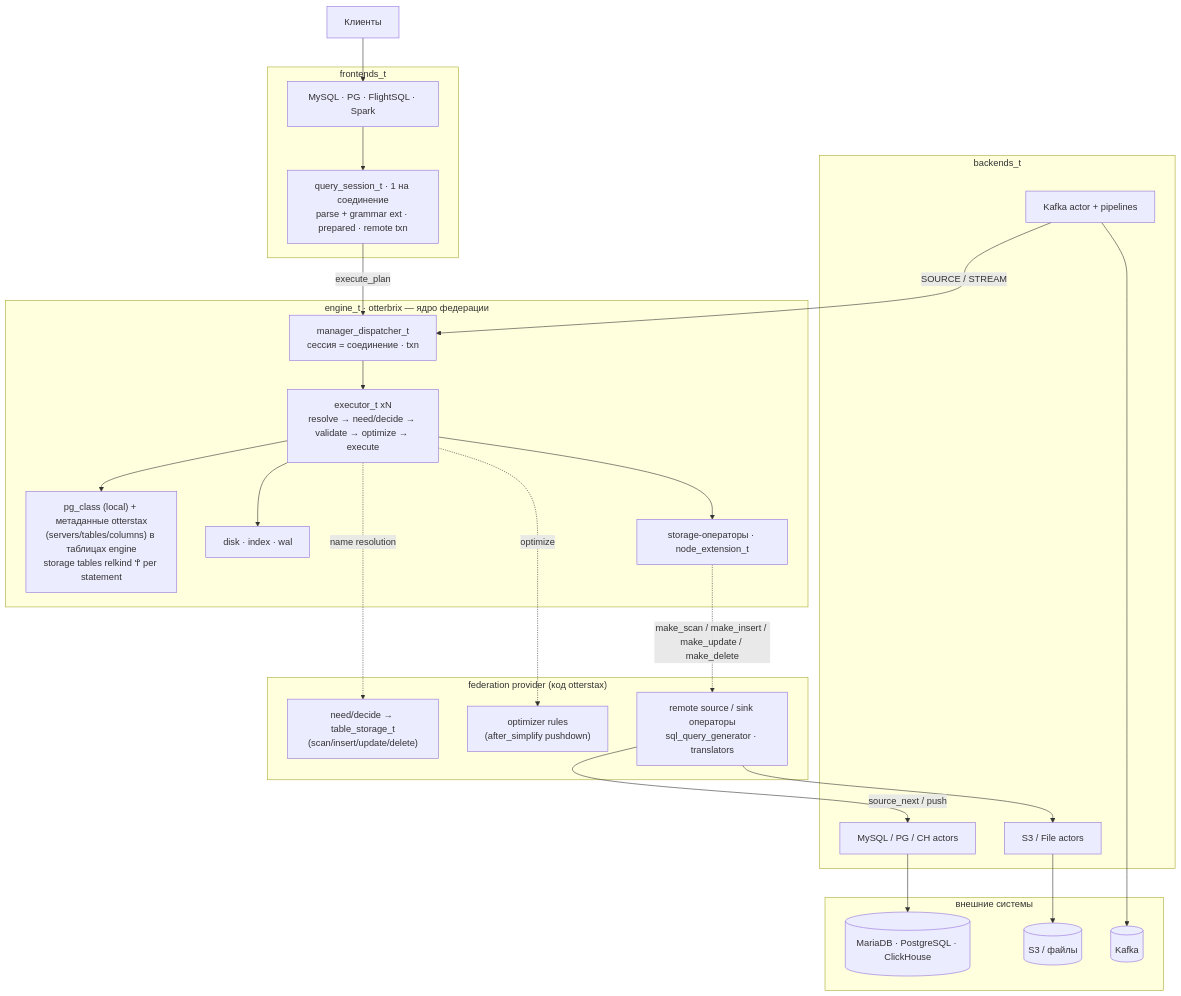
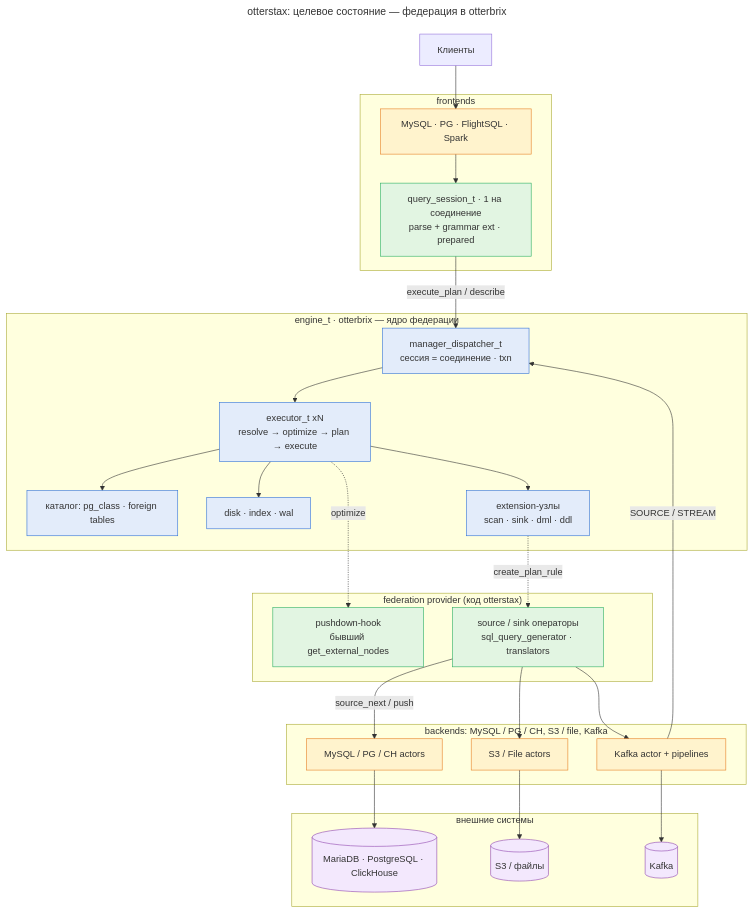
The third of 4 diagrams in docs/proposals/scheduler-to-otterbrix-migration.md (otterstax/otterstax), drawn with Mermaid before and after one commit. The commit also changed other lines of this file and 419 other files, not shown here.

````diff
--- a/docs/proposals/scheduler-to-otterbrix-migration.md
+++ b/docs/proposals/scheduler-to-otterbrix-migration.md
@@ -156,46 +260,63 @@
 ```mermaid
+---
+title: "otterstax: целевое состояние — федерация в otterbrix"
+---
 flowchart TD
     CL["Клиенты"]
-    subgraph FRONT["frontends_t"]
+
+    subgraph FRONT["frontends"]
         FE["MySQL · PG · FlightSQL · Spark"]
-        QS["query_session_t · 1 на соединение<br/>parse + grammar ext · prepared · remote txn"]
+        QS["query_session_t · 1 на соединение<br/>parse + grammar ext · prepared"]
         FE --> QS
     end
+
     subgraph ENG["engine_t · otterbrix — ядро федерации"]
         D["manager_dispatcher_t<br/>сессия = соединение · txn"]
-        EX["executor_t xN<br/>resolve → need/decide → validate → optimize → execute"]
-        CAT["pg_class (local) + метаданные otterstax<br/>(servers/tables/columns) в таблицах engine<br/>storage tables relkind 'f' per statement"]
+        EX["executor_t xN<br/>resolve → optimize → plan → execute"]
+        CAT["каталог: pg_class · foreign tables"]
         ST["disk · index · wal"]
-        SOP["storage-операторы · node_extension_t"]
+        EXT_N["extension-узлы<br/>scan · sink · dml · ddl"]
         D --> EX
         EX --> CAT
         EX --> ST
-        EX --> SOP
+        EX --> EXT_N
     end
+
     subgraph PROV["federation provider (код otterstax)"]
-        NR["need/decide → table_storage_t<br/>(scan/insert/update/delete)"]
-        RU["optimizer rules<br/>(after_simplify pushdown)"]
-        OPS["remote source / sink операторы<br/>sql_query_generator · translators"]
+        PD["pushdown-hook<br/>бывший get_external_nodes"]
+        OPS["source / sink операторы<br/>sql_query_generator · translators"]
     end
-    subgraph BACK["backends_t"]
+
+    subgraph BACK["backends: MySQL / PG / CH, S3 / file, Kafka"]
         BA["MySQL / PG / CH actors"]
         FS["S3 / File actors"]
         KF["Kafka actor + pipelines"]
     end
+
     subgraph EXT["внешние системы"]
         DBS[("MariaDB · PostgreSQL · ClickHouse")]
         S3[("S3 / файлы")]
         KB[("Kafka")]
     end
+
     CL --> FE
-    QS -- "execute_plan" --> D
-    EX -. "name resolution" .-> NR
-    EX -. "optimize" .-> RU
-    SOP -. "make_scan / make_insert / make_update / make_delete" .-> OPS
+    QS -- "execute_plan / describe" --> D
+    EX -. "optimize" .-> PD
+    EXT_N -. "create_plan_rule" .-> OPS
     OPS -- "source_next / push" --> BA
     OPS --> FS
+    OPS --> KF
     KF -- "SOURCE / STREAM" --> D
     BA --> DBS
     FS --> S3
     KF --> KB
+
+    classDef newc fill:#e2f5e2,stroke:#27ae60;
+    classDef otb fill:#e3ecfa,stroke:#2e6fd8;
+    classDef chg fill:#fff3cd,stroke:#e67e22;
+    classDef ext fill:#f3e8fd,stroke:#8e44ad;
+    class QS,PD,OPS newc
+    class D,EX,CAT,ST,EXT_N otb
+    class FE,BA,FS,KF chg
+    class DBS,S3,KB ext
 ```
````
